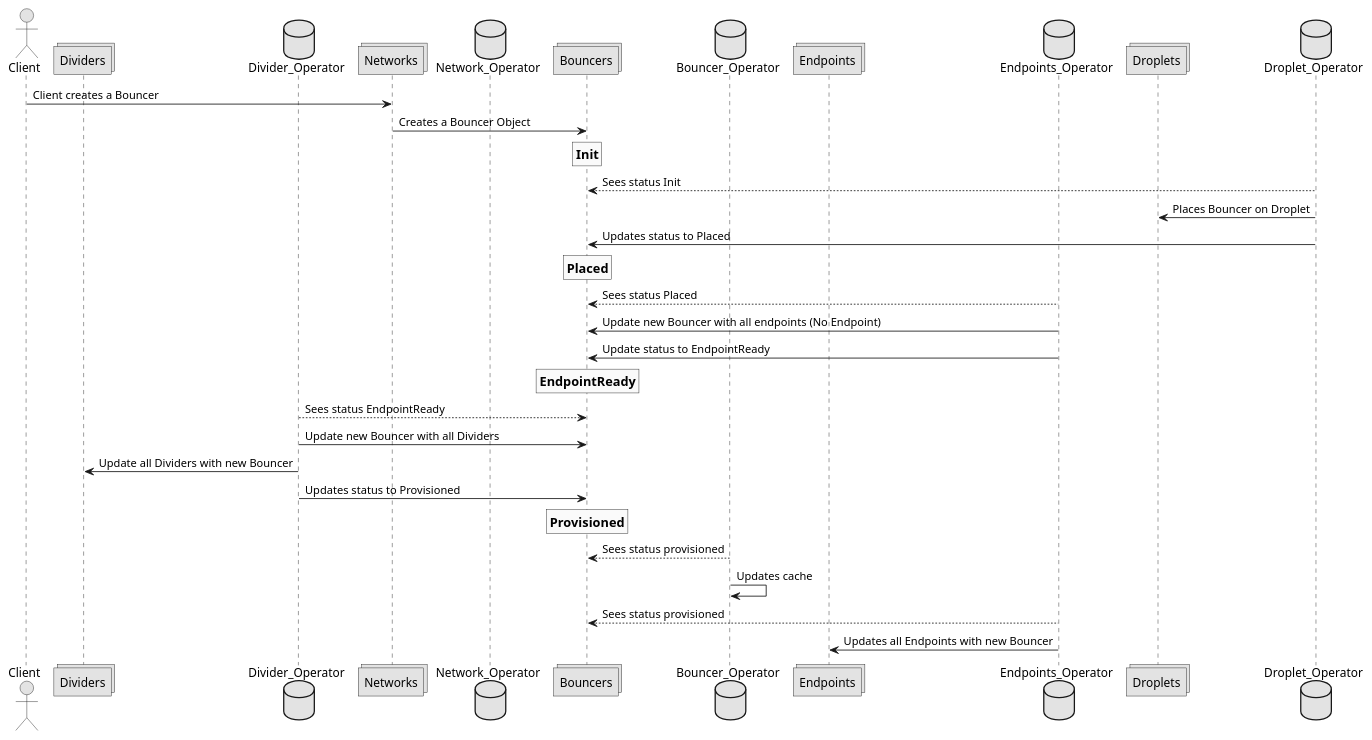
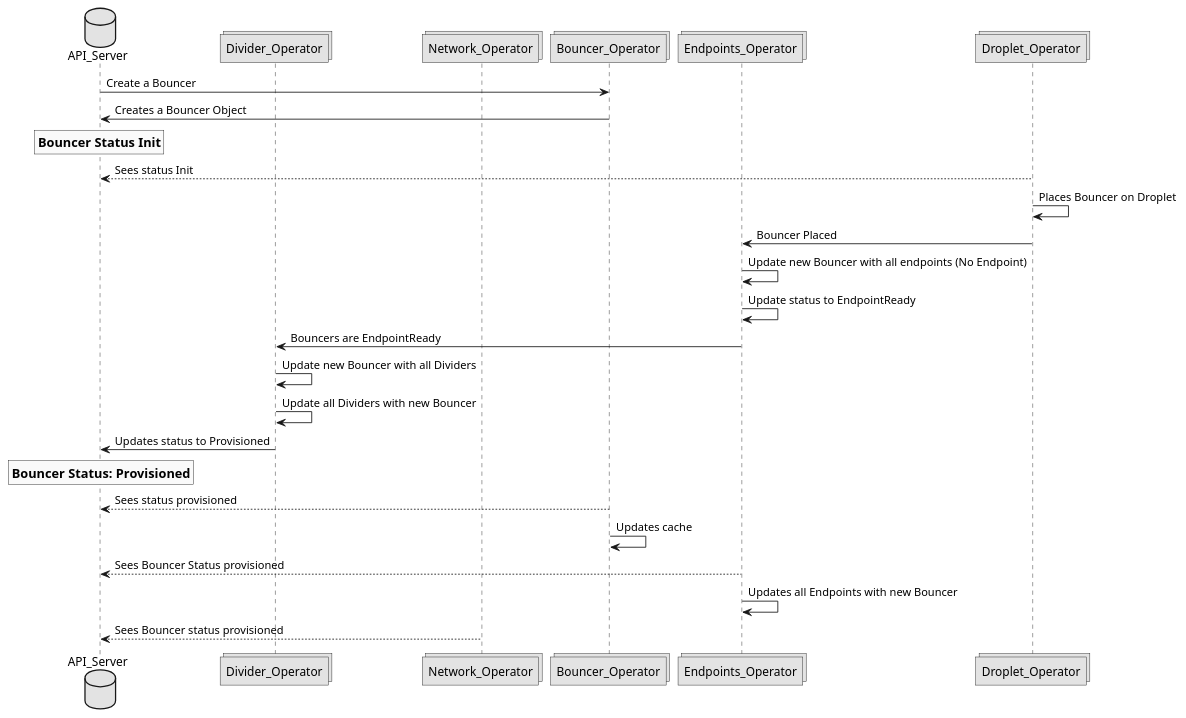
One commit to CentaurusInfra/mizar changed the diagram in Documentation/design/figures/create_bouncer_workflow.puml. Above: the diagram before and after it, drawn with PlantUML. The commit also changed 5 other files, not shown here.

Commit message:
Update to workflow diagrams

```diff
--- a/Documentation/design/figures/create_bouncer_workflow.puml
+++ b/Documentation/design/figures/create_bouncer_workflow.puml
@@ -1,38 +1,32 @@
 @startuml
 
 skinparam monochrome true
 
-actor Client
-collections Dividers
-database Divider_Operator
-collections Networks
-database Network_Operator
-collections Bouncers
-database Bouncer_Operator
-collections Endpoints
-database Endpoints_Operator
-collections Droplets
-database Droplet_Operator
+database API_Server
+collections Divider_Operator
+collections Network_Operator
+collections Bouncer_Operator
+collections Endpoints_Operator
+collections Droplet_Operator
 
-Client -> Networks: Client creates a Bouncer
-Networks -> Bouncers: Creates a Bouncer Object
-rnote over Bouncers: ==Init
-Droplet_Operator --> Bouncers: Sees status Init
-Droplet_Operator -> Droplets: Places Bouncer on Droplet
-Droplet_Operator -> Bouncers: Updates status to Placed
-rnote over Bouncers: ==Placed
-Endpoints_Operator --> Bouncers: Sees status Placed
-Endpoints_Operator -> Bouncers: Update new Bouncer with all endpoints (No Endpoint)
-Endpoints_Operator -> Bouncers: Update status to EndpointReady
-rnote over Bouncers: ==EndpointReady
-Divider_Operator --> Bouncers: Sees status EndpointReady
-Divider_Operator -> Bouncers: Update new Bouncer with all Dividers
-Divider_Operator -> Dividers: Update all Dividers with new Bouncer
-Divider_Operator -> Bouncers: Updates status to Provisioned
-rnote over Bouncers: ==Provisioned
-Bouncer_Operator --> Bouncers: Sees status provisioned
+API_Server -> Bouncer_Operator: Create a Bouncer
+Bouncer_Operator -> API_Server: Creates a Bouncer Object
+rnote over API_Server: ==Bouncer Status Init
+Droplet_Operator --> API_Server: Sees status Init
+Droplet_Operator -> Droplet_Operator: Places Bouncer on Droplet
+
+Droplet_Operator -> Endpoints_Operator: Bouncer Placed
+Endpoints_Operator -> Endpoints_Operator: Update new Bouncer with all endpoints (No Endpoint)
+Endpoints_Operator -> Endpoints_Operator: Update status to EndpointReady
+Endpoints_Operator -> Divider_Operator: Bouncers are EndpointReady
+Divider_Operator -> Divider_Operator: Update new Bouncer with all Dividers
+Divider_Operator -> Divider_Operator: Update all Dividers with new Bouncer
+Divider_Operator -> API_Server: Updates status to Provisioned
+rnote over API_Server: == Bouncer Status: Provisioned
+
+Bouncer_Operator --> API_Server: Sees status provisioned
 Bouncer_Operator -> Bouncer_Operator: Updates cache
-Endpoints_Operator --> Bouncers: Sees status provisioned
-Endpoints_Operator -> Endpoints: Updates all Endpoints with new Bouncer
-
+Endpoints_Operator --> API_Server: Sees Bouncer Status provisioned
+Endpoints_Operator -> Endpoints_Operator: Updates all Endpoints with new Bouncer
+Network_Operator --> API_Server: Sees Bouncer status provisioned
 @enduml
```
